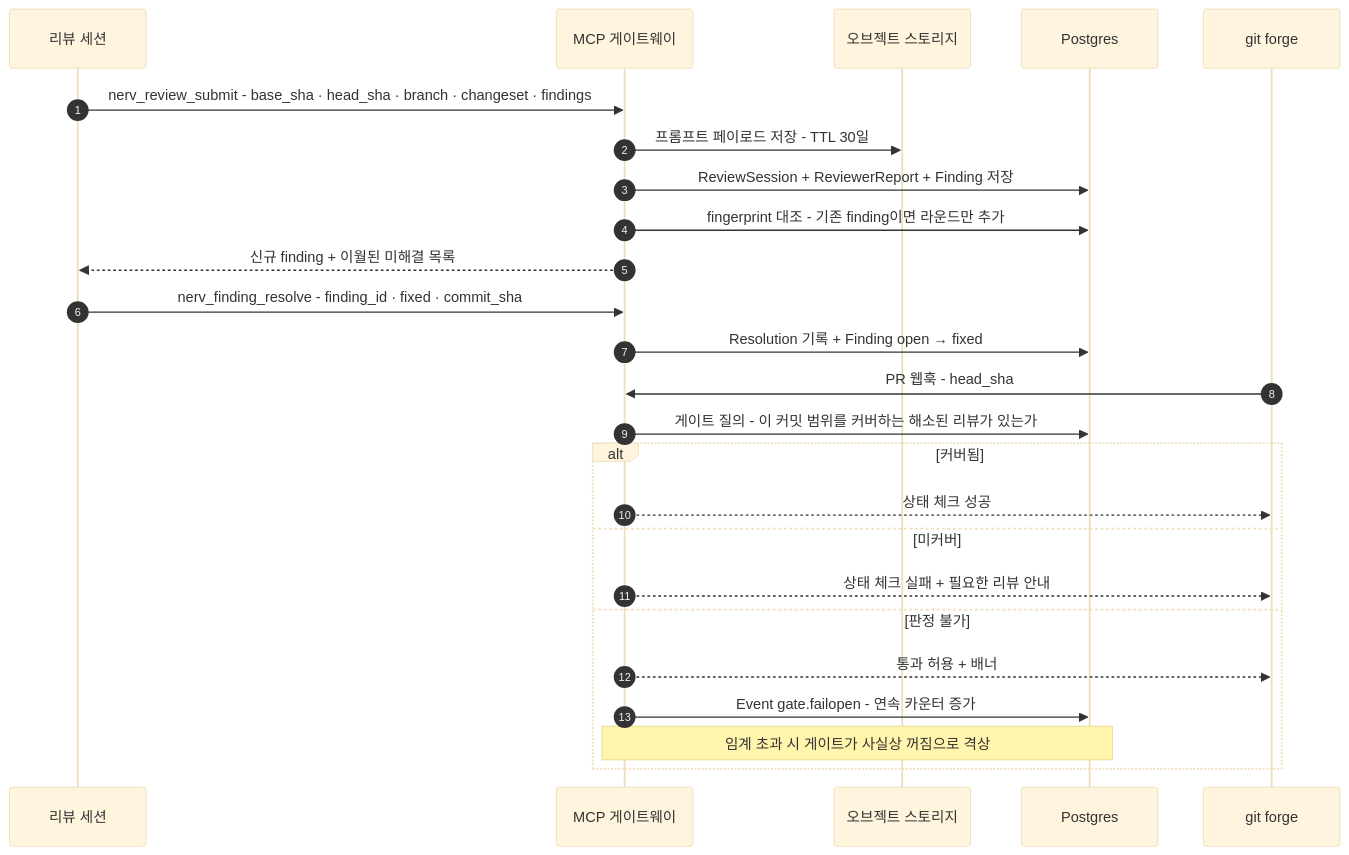
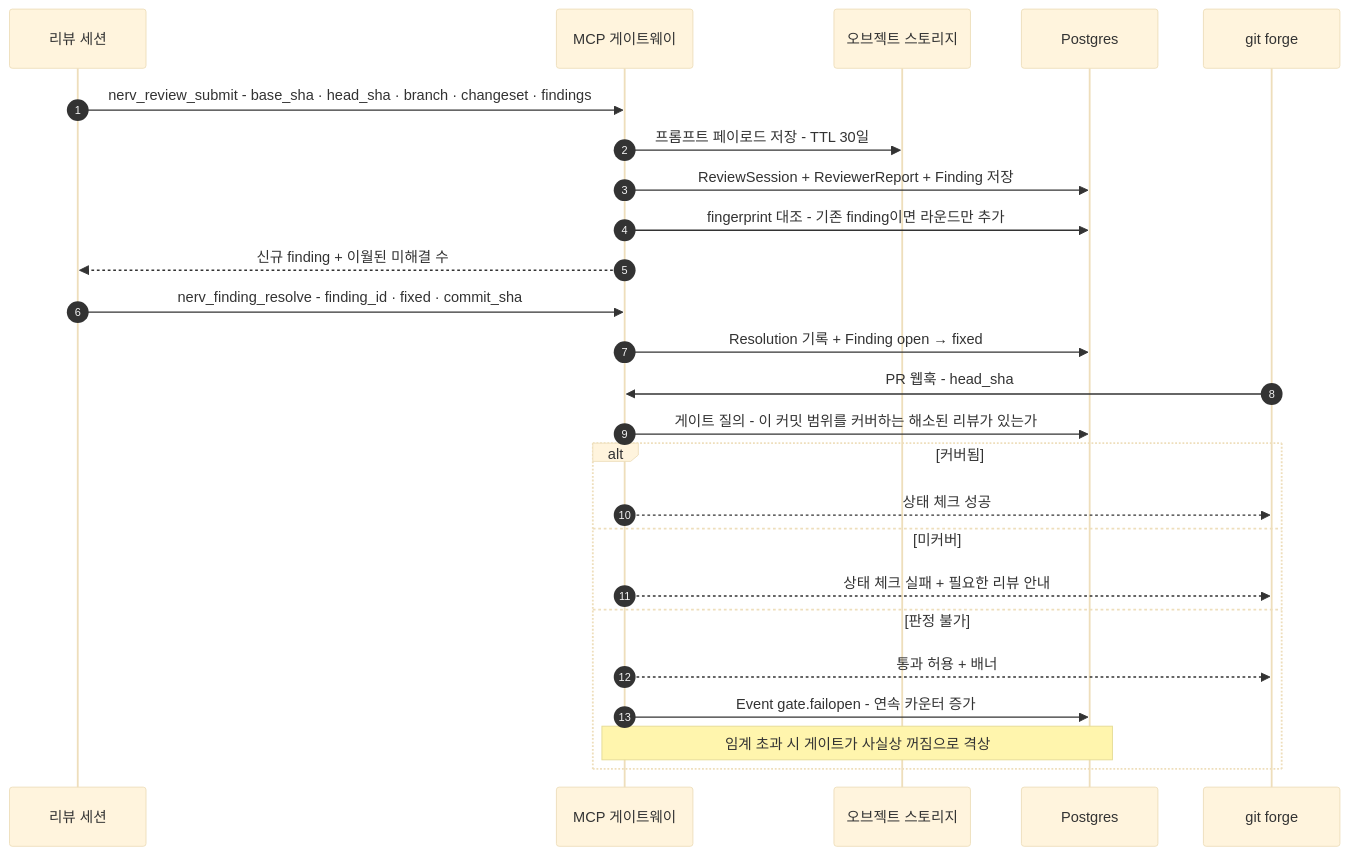
Before and after one commit to worker-ants/nerv: the fifth of 6 diagrams in docs/03-proposal/architecture.md, drawn with Mermaid (base theme). The commit also changed other lines of this file and 29 other files, not shown here.

First line of the commit message:
feat(api,web,schema,plugin,docs): bootstrap은 규약 목록을 접어 50건까지 주고, 리뷰 제출은 이월 발견의 수만 준다 (REQ-API-277 · 278) (#220)

````diff
--- a/docs/03-proposal/architecture.md
+++ b/docs/03-proposal/architecture.md
@@ -306,27 +308,27 @@
 ```mermaid
 sequenceDiagram
   autonumber
   participant S as 리뷰 세션
   participant M as MCP 게이트웨이
   participant OBJ as 오브젝트 스토리지
   participant DB as Postgres
   participant F as git forge
   S->>M: nerv_review_submit - base_sha · head_sha · branch · changeset · findings
   M->>OBJ: 프롬프트 페이로드 저장 - TTL 30일
   M->>DB: ReviewSession + ReviewerReport + Finding 저장
   M->>DB: fingerprint 대조 - 기존 finding이면 라운드만 추가
-  M-->>S: 신규 finding + 이월된 미해결 목록
+  M-->>S: 신규 finding + 이월된 미해결 수
   S->>M: nerv_finding_resolve - finding_id · fixed · commit_sha
   M->>DB: Resolution 기록 + Finding open → fixed
   F->>M: PR 웹훅 - head_sha
   M->>DB: 게이트 질의 - 이 커밋 범위를 커버하는 해소된 리뷰가 있는가
   alt 커버됨
     M-->>F: 상태 체크 성공
   else 미커버
     M-->>F: 상태 체크 실패 + 필요한 리뷰 안내
   else 판정 불가
     M-->>F: 통과 허용 + 배너
     M->>DB: Event gate.failopen - 연속 카운터 증가
     Note over M,DB: 임계 초과 시 게이트가 사실상 꺼짐으로 격상
   end
 ```
````
